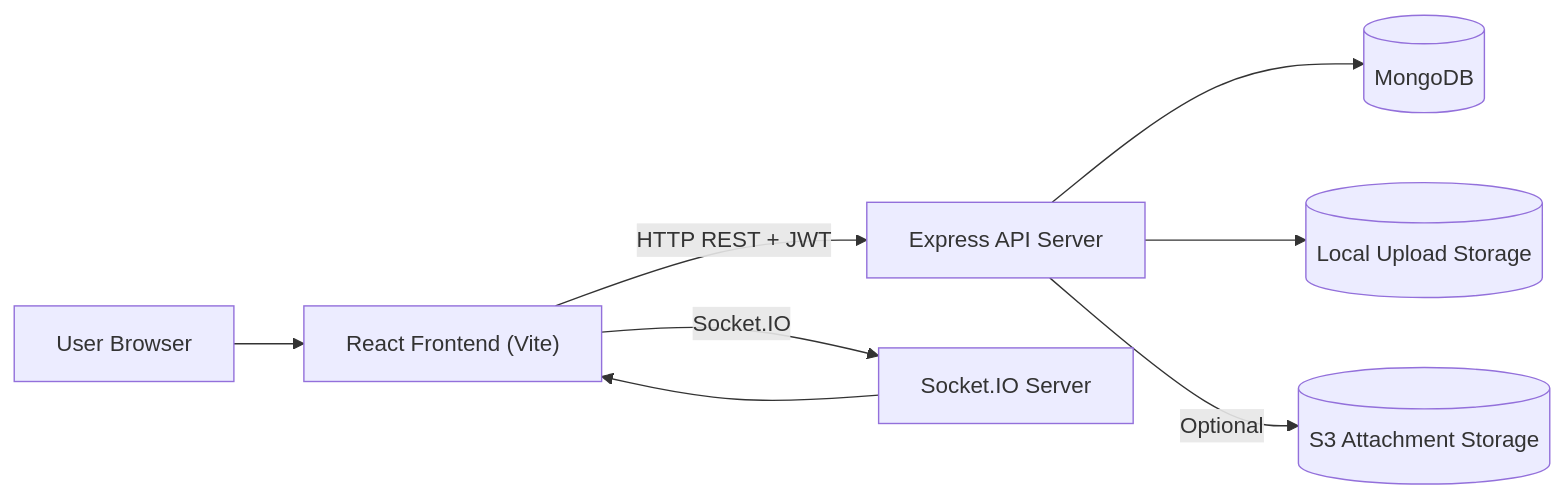
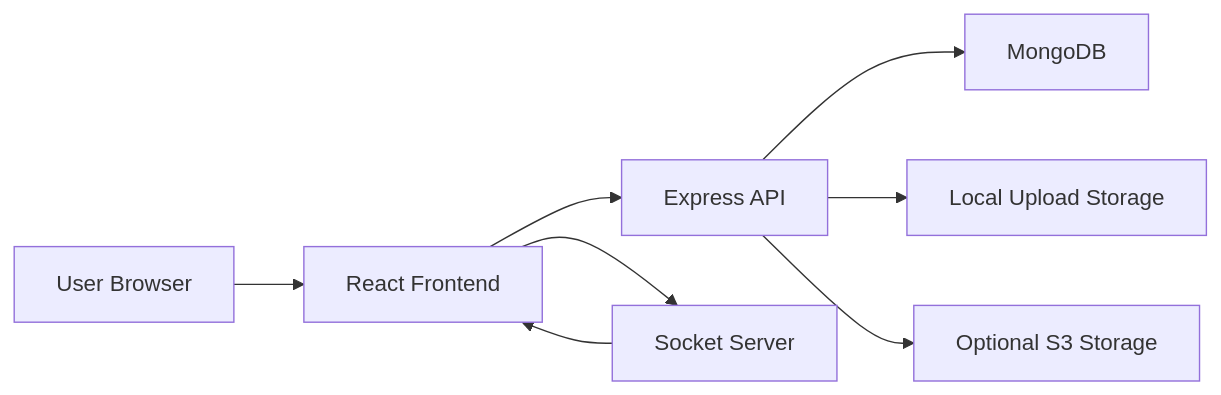
The first of 6 diagrams in README.md (gobinath-sketch/system001), drawn with Mermaid before and after one commit. The commit also changed other lines of this file, not shown here.

````diff
--- a/README.md
+++ b/README.md
@@ -74,10 +74,10 @@
 ```mermaid
-graph LR;
-  U["User Browser"] --> FE["React Frontend (Vite)"];
-  FE -->|"HTTP REST + JWT"| BE["Express API Server"];
-  FE -->|"Socket.IO"| WS["Socket.IO Server"];
-  BE --> DB[("MongoDB")];
-  BE --> FS[("Local Upload Storage")];
-  BE -->|"Optional"| S3[("S3 Attachment Storage")];
-  WS --> FE;
+flowchart LR
+  USER[User Browser] --> FRONTEND[React Frontend]
+  FRONTEND --> API[Express API]
+  FRONTEND --> SOCKET[Socket Server]
+  API --> MONGO[MongoDB]
+  API --> STORAGE[Local Upload Storage]
+  API --> S3[Optional S3 Storage]
+  SOCKET --> FRONTEND
 ```
````
